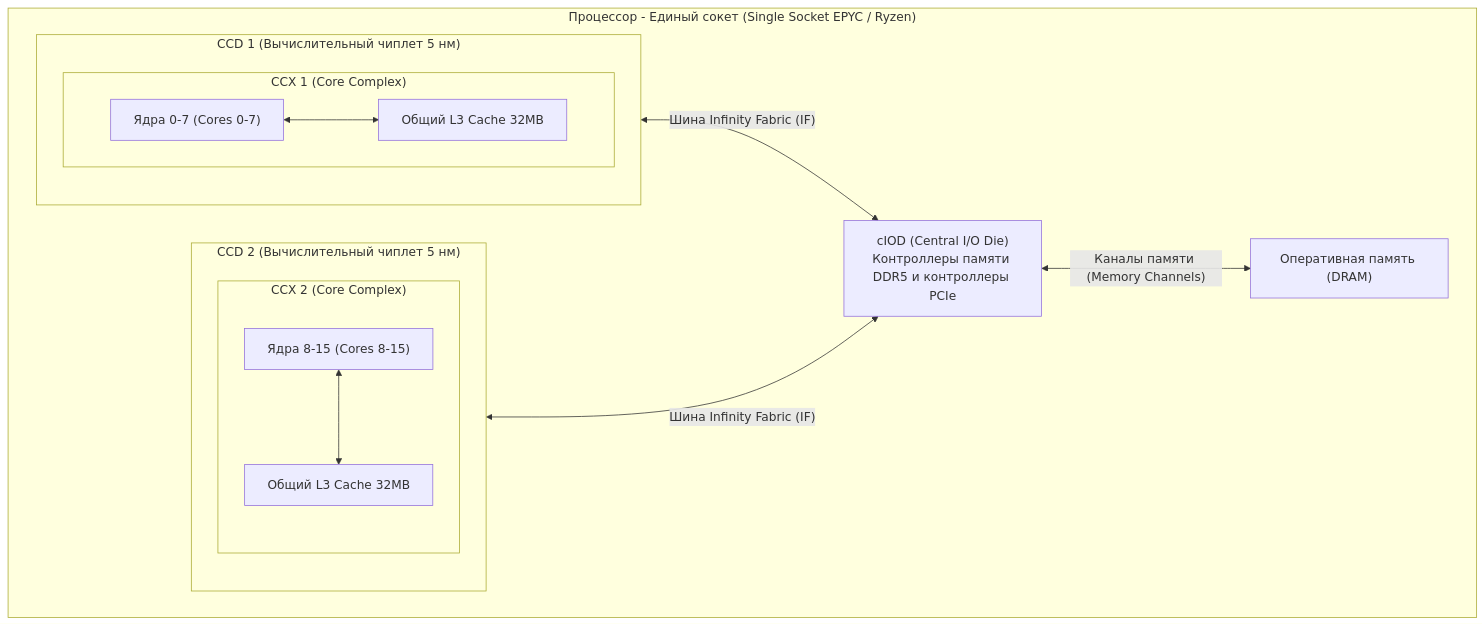
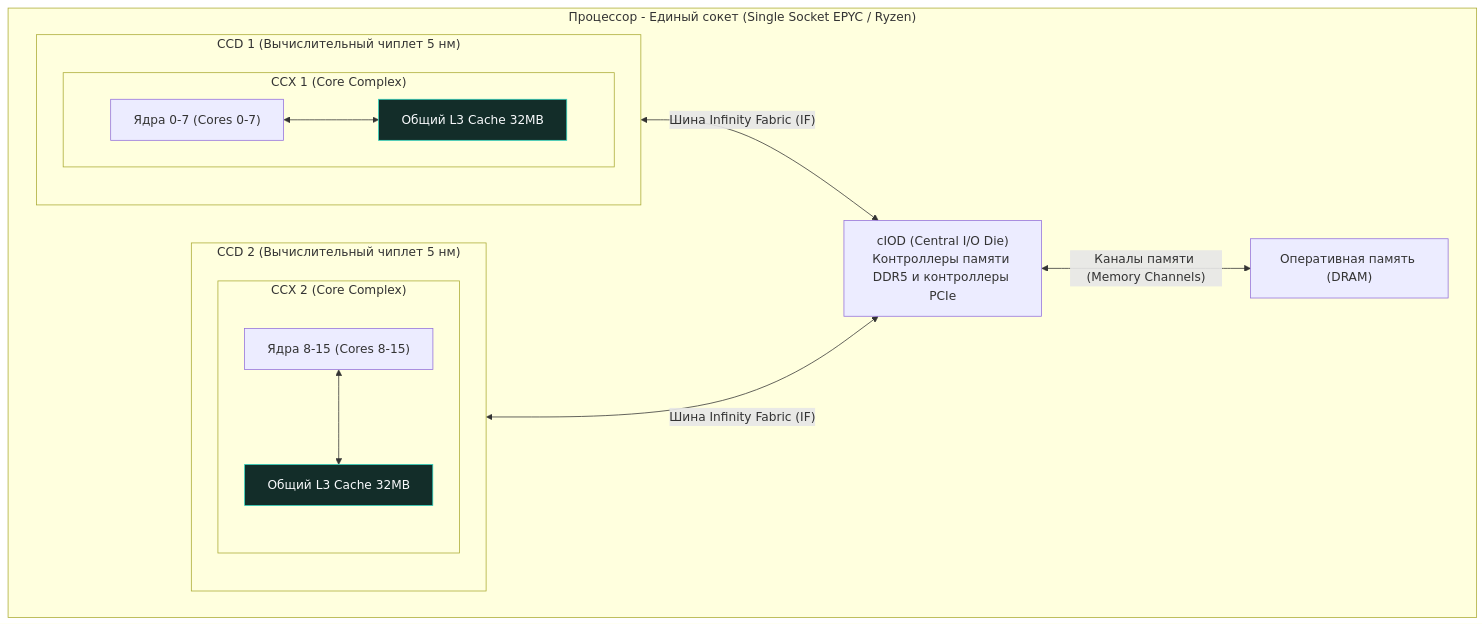
Before and after one commit to UnrealTemplier/go-textbook: the diagram in sources/1. Архитектура компьютера/33. Архитектура современных CPU. Chiplet, CCX, CCD, Ring Bus, Mesh.md, drawn with Mermaid. The commit also changed 1666 other files, not shown here.

First line of the commit message:
feat(mermaid): add semantic color classDef to 1369 colorless flowchart/graph diagrams

````diff
--- a/sources/1. Архитектура компьютера/33. Архитектура современных CPU. Chiplet, CCX, CCD, Ring Bus, Mesh.md
+++ b/sources/1. Архитектура компьютера/33. Архитектура современных CPU. Chiplet, CCX, CCD, Ring Bus, Mesh.md
@@ -27,26 +27,36 @@
 ```mermaid
 flowchart TD
+    classDef process  fill:#1e293b,stroke:#38bdf8,stroke-width:1px,color:#f8fafc
+    classDef success  fill:#064e3b,stroke:#34d399,stroke-width:1px,color:#f8fafc
+    classDef error    fill:#7f1d1d,stroke:#f87171,stroke-width:1px,color:#f8fafc
+    classDef warning  fill:#78350f,stroke:#fbbf24,stroke-width:1px,color:#f8fafc
+    classDef entry    fill:#1e3a5f,stroke:#38bdf8,stroke-width:2px,color:#f8fafc
+    classDef aux      fill:#334155,stroke:#64748b,stroke-width:1px,color:#f8fafc
+    classDef system   fill:#312e81,stroke:#a78bfa,stroke-width:1px,color:#f8fafc
+    classDef data     fill:#132d29,stroke:#2dd4bf,stroke-width:1px,color:#f8fafc
+    classDef network  fill:#881337,stroke:#fb7185,stroke-width:1px,color:#f8fafc
+    classDef accent   fill:#1e1b4b,stroke:#818cf8,stroke-width:1px,color:#f8fafc
     subgraph CPU ["Процессор - Единый сокет (Single Socket EPYC / Ryzen)"]
         subgraph CCD1 ["CCD 1 (Вычислительный чиплет 5 нм)"]
             subgraph CCX1 ["CCX 1 (Core Complex)"]
                 C1["Ядра 0-7 (Cores 0-7)"]
-                L3_1["Общий L3 Cache 32MB"]
+                L3_1["Общий L3 Cache 32MB"]:::data
                 C1 <--> L3_1
             end
         end
         
         subgraph CCD2 ["CCD 2 (Вычислительный чиплет 5 нм)"]
             subgraph CCX2 ["CCX 2 (Core Complex)"]
                 C2["Ядра 8-15 (Cores 8-15)"]
-                L3_2["Общий L3 Cache 32MB"]
+                L3_2["Общий L3 Cache 32MB"]:::data
                 C2 <--> L3_2
             end
         end
         
         IOD["cIOD (Central I/O Die)<br>Контроллеры памяти DDR5 и контроллеры PCIe"]
         
         CCD1 <-->|"Шина Infinity Fabric (IF)"| IOD
         CCD2 <-->|"Шина Infinity Fabric (IF)"| IOD
         IOD <-->|"Каналы памяти (Memory Channels)"| RAM["Оперативная память (DRAM)"]
     end
 ```
````
